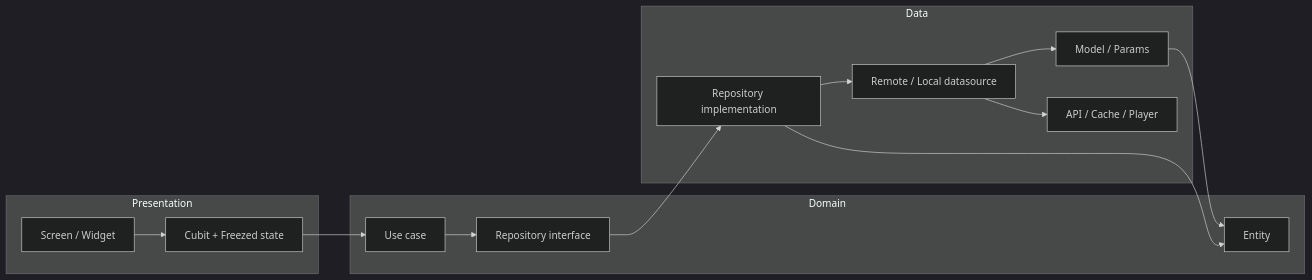
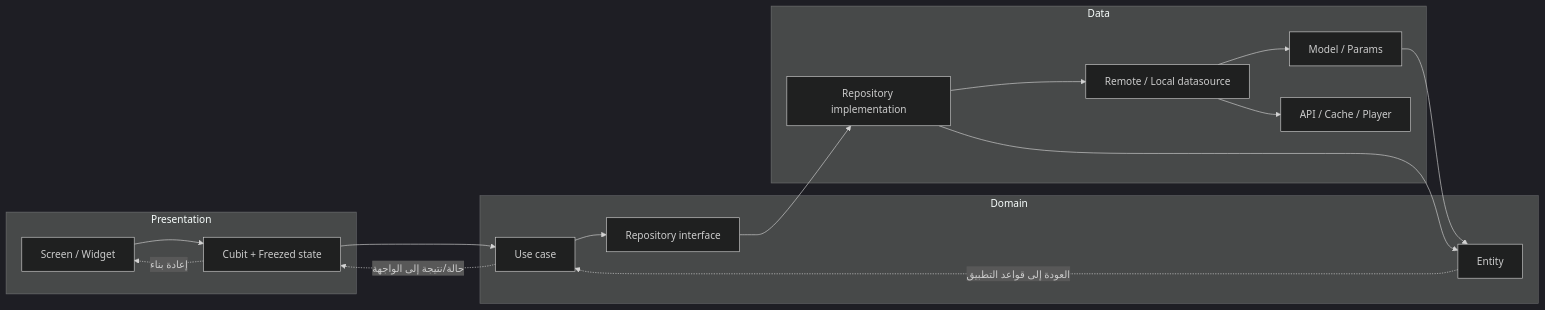
Before and after one commit to Ammourie/Sakeenah: the second of 5 diagrams in README.md, drawn with Mermaid (dark theme). The commit also changed other lines of this file, not shown here.

Commit message:
update README with additional flowchart connections for app rules and UI state management in both English and Arabic

````diff
--- a/README.md
+++ b/README.md
@@ -438,30 +441,33 @@
 ```mermaid
 flowchart LR
   subgraph presentationLayerAr [Presentation]
     ScreenAr["Screen / Widget"]
     CubitAr["Cubit + Freezed state"]
   end
 
   subgraph domainLayerAr [Domain]
     UseCaseAr["Use case"]
     EntityAr["Entity"]
     RepositoryContractAr["Repository interface"]
   end
 
   subgraph dataLayerAr [Data]
     RepositoryImplAr["Repository implementation"]
     DataSourceAr["Remote / Local datasource"]
     ModelAr["Model / Params"]
     ExternalAr["API / Cache / Player"]
   end
 
   ScreenAr --> CubitAr
   CubitAr --> UseCaseAr
   UseCaseAr --> RepositoryContractAr
   RepositoryContractAr --> RepositoryImplAr
   RepositoryImplAr --> DataSourceAr
   DataSourceAr --> ExternalAr
   DataSourceAr --> ModelAr
   ModelAr --> EntityAr
   RepositoryImplAr --> EntityAr
+  EntityAr -. "العودة إلى قواعد التطبيق" .-> UseCaseAr
+  UseCaseAr -. "حالة/نتيجة إلى الواجهة" .-> CubitAr
+  CubitAr -. "إعادة بناء" .-> ScreenAr
 ```
````
